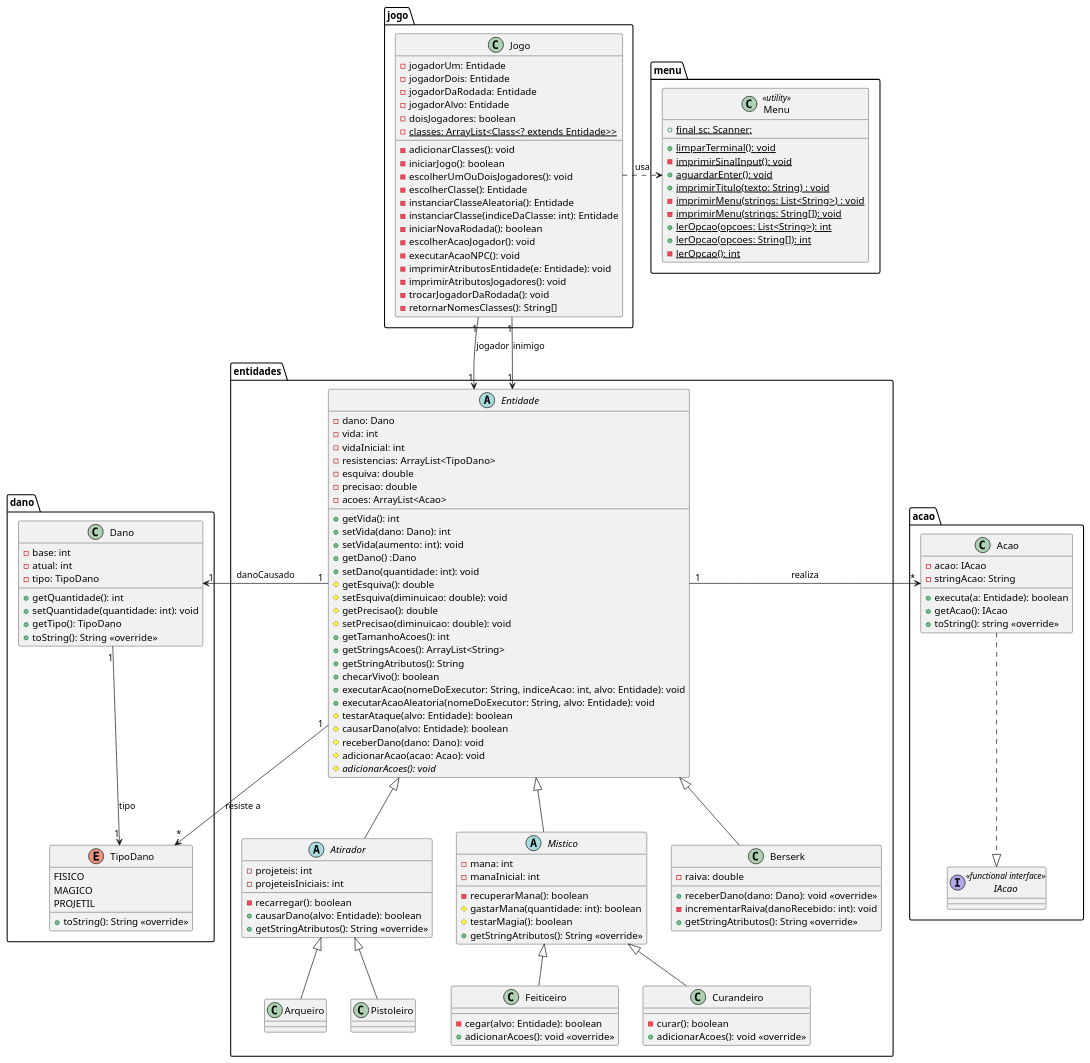
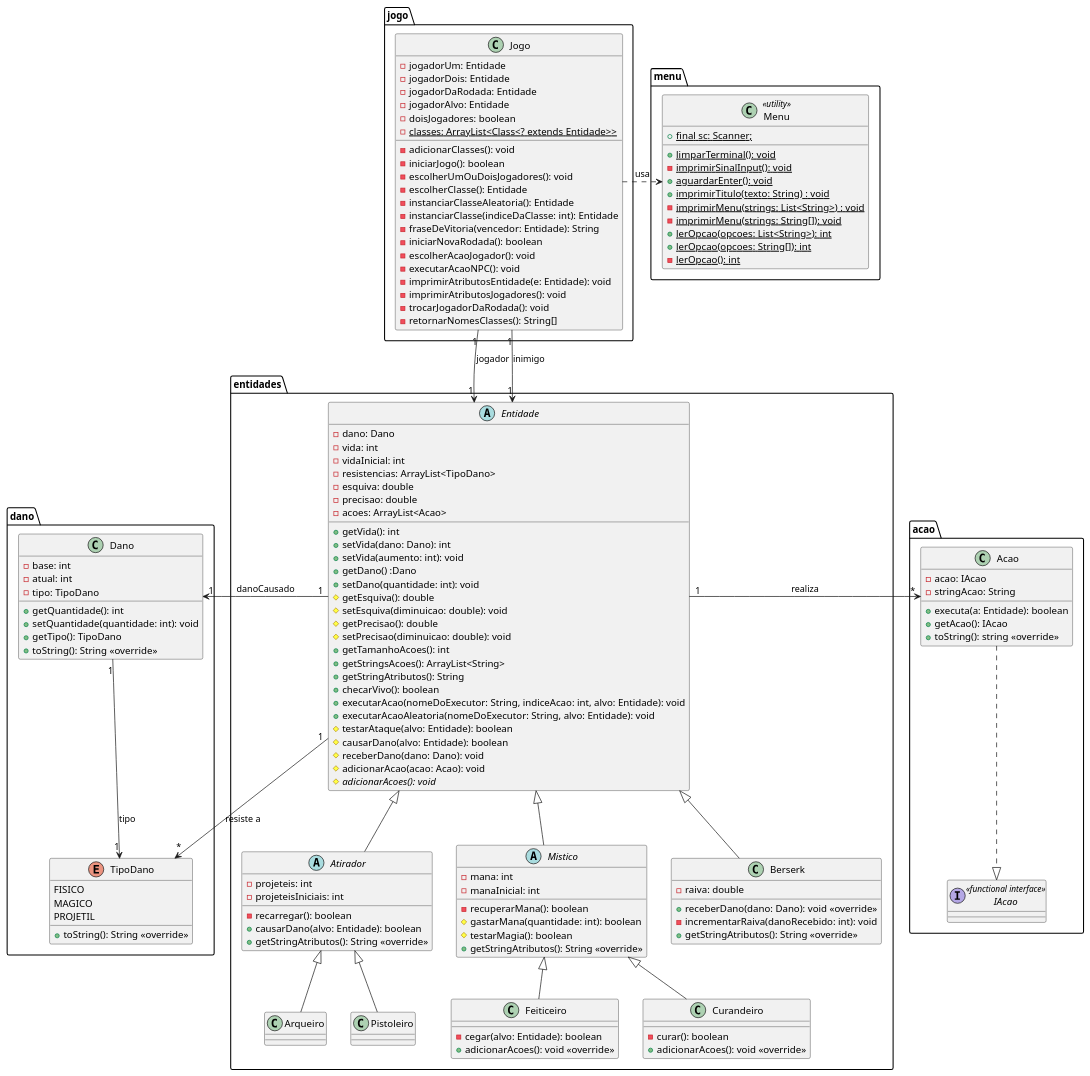
The diagram in modelagem/scheme.puml (brenopinna/trabalho_pp_sistema_de_batalha), drawn with PlantUML before and after one commit. The commit also changed 2 other files, not shown here.

```diff
--- a/modelagem/scheme.puml
+++ b/modelagem/scheme.puml
@@ -1,174 +1,175 @@
 @startuml scheme
 
 top to bottom direction
 
 package jogo{
   class Jogo {
     - jogadorUm: Entidade
     - jogadorDois: Entidade
     - jogadorDaRodada: Entidade
     - jogadorAlvo: Entidade
     - doisJogadores: boolean
     - classes{static}: ArrayList<Class<? extends Entidade>>
 
     -adicionarClasses(): void
     -iniciarJogo(): boolean
     -escolherUmOuDoisJogadores(): void
     -escolherClasse(): Entidade
     -instanciarClasseAleatoria(): Entidade
     -instanciarClasse(indiceDaClasse: int): Entidade
+    -fraseDeVitoria(vencedor: Entidade): String
     -iniciarNovaRodada(): boolean
     -escolherAcaoJogador(): void 
     -executarAcaoNPC(): void
     -imprimirAtributosEntidade(e: Entidade): void
     -imprimirAtributosJogadores(): void
     -trocarJogadorDaRodada(): void
     -retornarNomesClasses(): String[]
   }
 }
 
 package menu {
   class Menu <<utility>> {
     +final sc{static}: Scanner;
 
     +limparTerminal(){static}: void 
     -imprimirSinalInput(){static}: void
     +aguardarEnter(){static}: void
     +imprimirTitulo(texto: String) {static}: void
     -imprimirMenu(strings: List<String>) {static}: void
     -imprimirMenu(strings: String[]){static}: void
     +lerOpcao(opcoes: List<String>){static}: int
     +lerOpcao(opcoes: String[]){static}: int
     -lerOpcao(){static}: int
   }
 }
 
 package dano {
   enum TipoDano  {
     FISICO
     MAGICO
     PROJETIL
     +toString(): String <<override>>
   }
 
   class Dano {
       -base: int
       -atual: int
       -tipo: TipoDano
       +getQuantidade(): int
       +setQuantidade(quantidade: int): void
       +getTipo(): TipoDano
       +toString(): String <<override>> 
   }
 }
 
 package entidades {
   abstract class Entidade {
       -dano: Dano
       -vida: int
       -vidaInicial: int
       -resistencias: ArrayList<TipoDano>
       -esquiva: double
       -precisao: double
       -acoes: ArrayList<Acao>
 
       +getVida(): int
       +setVida(dano: Dano): int
       +setVida(aumento: int): void
       +getDano() :Dano
       +setDano(quantidade: int): void
       #getEsquiva(): double
       #setEsquiva(diminuicao: double): void
       #getPrecisao(): double
       #setPrecisao(diminuicao: double): void
       +getTamanhoAcoes(): int
       +getStringsAcoes(): ArrayList<String>
       +getStringAtributos(): String
       +checarVivo(): boolean
       +executarAcao(nomeDoExecutor: String, indiceAcao: int, alvo: Entidade): void
       +executarAcaoAleatoria(nomeDoExecutor: String, alvo: Entidade): void
       #testarAtaque(alvo: Entidade): boolean
       #causarDano(alvo: Entidade): boolean
       #receberDano(dano: Dano): void
       #adicionarAcao(acao: Acao): void
       #adicionarAcoes(){abstract}: void
   }
 
   abstract class Atirador {
       -projeteis: int
       -projeteisIniciais: int
 
       -recarregar(): boolean
       +causarDano(alvo: Entidade): boolean
       +getStringAtributos(): String <<override>>
   }
 
   class Arqueiro {}
 
   class Pistoleiro {}
 
   abstract class Mistico {
       -mana: int
       -manaInicial: int
 
       -recuperarMana(): boolean
       #gastarMana(quantidade: int): boolean
       #testarMagia(): boolean
       +getStringAtributos(): String <<override>>
   }
 
   class Feiticeiro {
       -cegar(alvo: Entidade): boolean
       +adicionarAcoes(): void <<override>>
   }
 
   class Curandeiro {
       -curar(): boolean
       +adicionarAcoes(): void <<override>>
   }
 
   class Berserk {
       -raiva: double
       +receberDano(dano: Dano): void <<override>>
       -incrementarRaiva(danoRecebido: int): void
       +getStringAtributos(): String <<override>>
   }
 }
 
 package acao {
  interface IAcao <<functional interface>>
 
   class Acao {
     -acao: IAcao
     -stringAcao: String
     +executa(a: Entidade): boolean
     +getAcao(): IAcao
     +toString(): string <<override>>
   }
 
 }
 
 'Heranca
 Entidade <|-- Mistico
 Entidade <|-- Atirador
 Entidade <|-- Berserk
 Mistico <|-- Feiticeiro
 Mistico <|-- Curandeiro
 Atirador <|-- Arqueiro
 Atirador <|-- Pistoleiro
 
 'Associacao
 Dano "1" --> "1" TipoDano : tipo
 Jogo "1" --> "1" Entidade : jogador
 Jogo "1" --> "1" Entidade : inimigo
 Entidade "1" -right-> "*" Acao : realiza
 Entidade "1" -left-> "1" Dano : danoCausado
 Entidade "1" --> "*" TipoDano : resiste a
 
 'Implementacao
 IAcao <|.up. Acao
 
 'Dependencia
 Jogo .> Menu: usa
 
 @enduml
```
